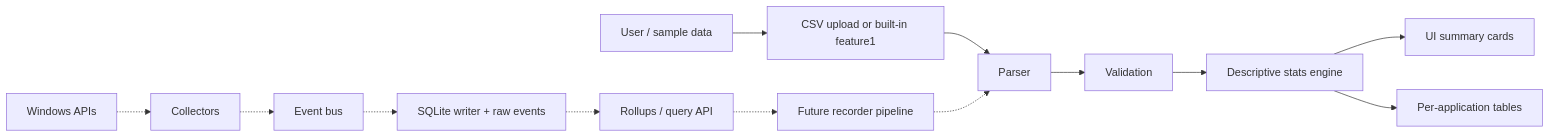
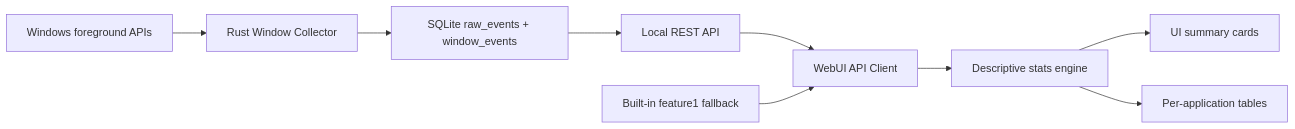
One commit to wenlei0603/time-state-recorder changed the diagram in docs/infra.md. Above: the diagram before and after it, drawn with Mermaid. The commit also changed other lines of this file and 3 other files, not shown here.

Commit message:
docs: document windows collector flow

````diff
--- a/docs/infra.md
+++ b/docs/infra.md
@@ -9,16 +9,11 @@
 ```mermaid
 flowchart LR
-    User["User / sample data"] --> Entry["CSV upload or built-in feature1"]
-    Entry --> Parser["Parser"]
-    Parser --> Validation["Validation"]
-    Validation --> Stats["Descriptive stats engine"]
+    OS["Windows foreground APIs"] --> Collector["Rust Window Collector"]
+    Collector --> Storage["SQLite raw_events + window_events"]
+    Storage --> API["Local REST API"]
+    API --> Client["WebUI API Client"]
+    Sample["Built-in feature1 fallback"] --> Client
+    Client --> Stats["Descriptive stats engine"]
     Stats --> Cards["UI summary cards"]
     Stats --> Tables["Per-application tables"]
-
-    Future["Future recorder pipeline"] -.-> Parser
-    OS["Windows APIs"] -.-> Collectors["Collectors"]
-    Collectors -.-> Bus["Event bus"]
-    Bus -.-> Storage["SQLite writer + raw events"]
-    Storage -.-> Rollups["Rollups / query API"]
-    Rollups -.-> Future
 ```
````
